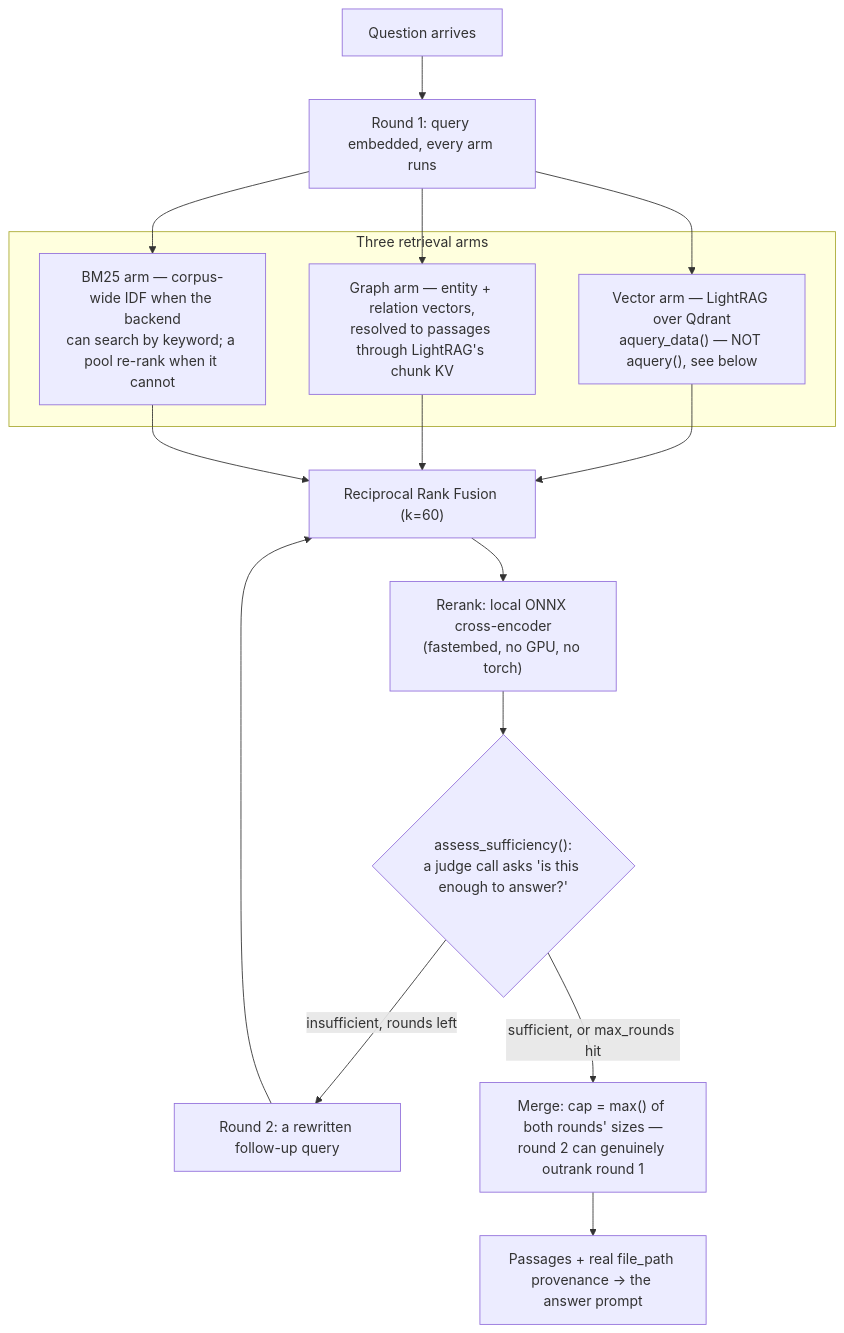
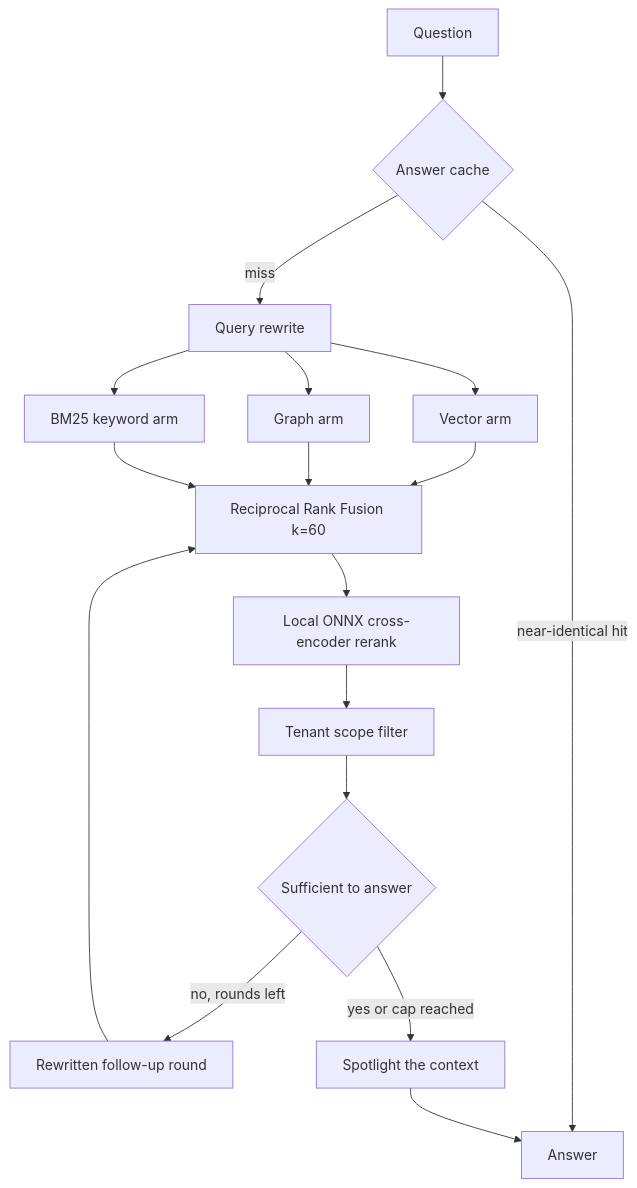
Before and after one commit to yrevash/aegis: the diagram in docs/teaching/retrieval.md, drawn with Mermaid. The commit also changed other lines of this file and 29 other files, not shown here.

````diff
--- a/docs/teaching/retrieval.md
+++ b/docs/teaching/retrieval.md
@@ -26,21 +26,19 @@
 ```mermaid
 flowchart TD
-    Q[Question arrives] --> R1["Round 1: query embedded, every arm runs"]
-    subgraph ARMS["Three retrieval arms"]
-        V["Vector arm — LightRAG over Qdrant<br/>aquery_data() — NOT aquery(), see below"]
-        G["Graph arm — entity + relation vectors,<br/>resolved to passages through LightRAG's chunk KV"]
-        K["BM25 arm — corpus-wide IDF when the backend<br/>can search by keyword; a pool re-rank when it cannot"]
-    end
-    R1 --> V
-    R1 --> G
-    R1 --> K
-    V --> F["Reciprocal Rank Fusion (k=60)"]
+    Q[Question] --> AC{Answer cache}
+    AC -->|near-identical hit| OUT[Answer]
+    AC -->|miss| RW[Query rewrite]
+    RW --> V[Vector arm]
+    RW --> G[Graph arm]
+    RW --> K[BM25 keyword arm]
+    V --> F[Reciprocal Rank Fusion k=60]
     G --> F
     K --> F
-    F --> RR["Rerank: local ONNX cross-encoder<br/>(fastembed, no GPU, no torch)"]
-    RR --> J{"assess_sufficiency():<br/>a judge call asks 'is this enough to answer?'"}
-    J -->|insufficient, rounds left| R2["Round 2: a rewritten follow-up query"]
+    F --> RR[Local ONNX cross-encoder rerank]
+    RR --> SC[Tenant scope filter]
+    SC --> J{Sufficient to answer}
+    J -->|no, rounds left| R2[Rewritten follow-up round]
     R2 --> F
-    J -->|sufficient, or max_rounds hit| MERGE["Merge: cap = max() of both rounds' sizes —<br/>round 2 can genuinely outrank round 1"]
-    MERGE --> OUT[Passages + real file_path provenance → the answer prompt]
+    J -->|yes or cap reached| SP[Spotlight the context]
+    SP --> OUT
 ```
````
